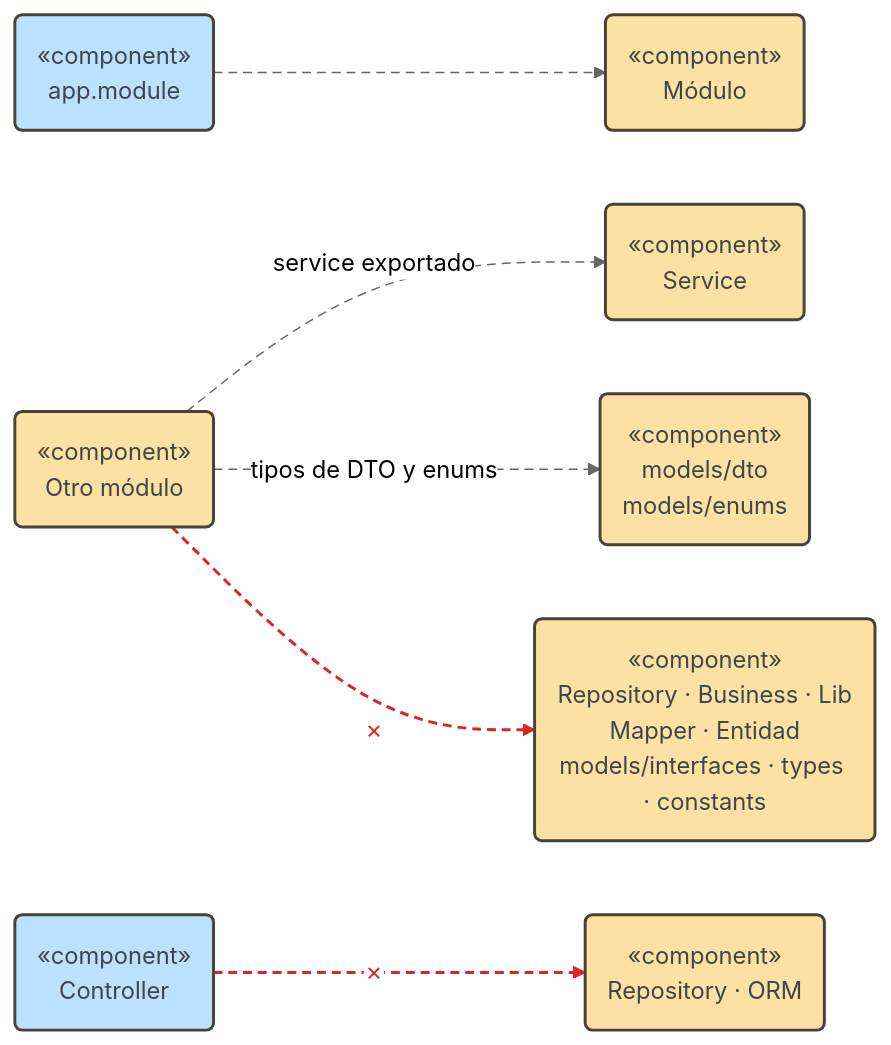
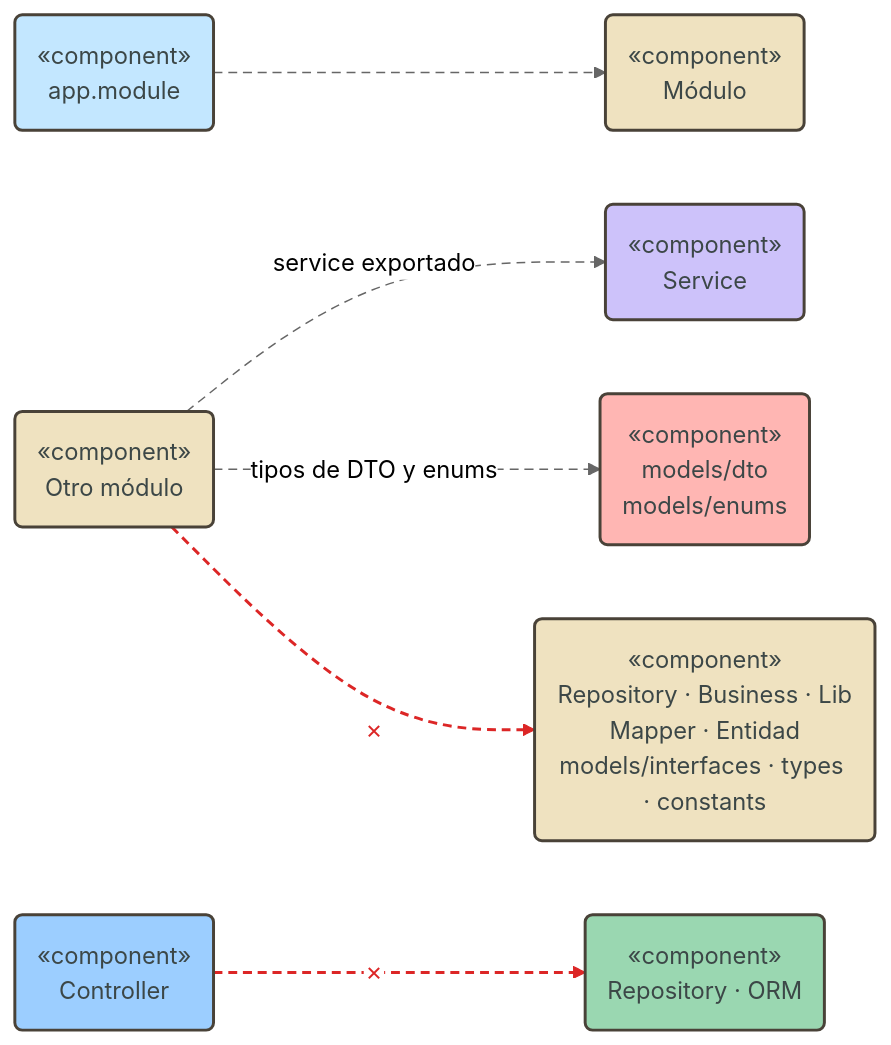
The fourth of 15 diagrams in docs/architecture/modular-microservice.md (pcarroza91/nest-template), drawn with Mermaid (neutral theme) before and after one commit. The commit also changed other lines of this file and 2 other files, not shown here.

First line of the commit message:
docs(architecture): colores por capa y componente en los diagramas Mermaid

````diff
--- a/docs/architecture/modular-microservice.md
+++ b/docs/architecture/modular-microservice.md
@@ -382,15 +400,23 @@
 ```mermaid
 flowchart LR
     APPM("«component»<br/>app.module") --> M("«component»<br/>Módulo")
     X("«component»<br/>Otro módulo") -- "service exportado" --> S("«component»<br/>Service")
     X -- "tipos de DTO y enums" --> D("«component»<br/>models/dto<br/>models/enums")
     X -. "✗" .-> R("«component»<br/>Repository · Business · Lib<br/>Mapper · Entidad<br/>models/interfaces · types · constants")
     C("«component»<br/>Controller") -. "✗" .-> R2("«component»<br/>Repository · ORM")
 
-    classDef entry fill:#bce1ff,stroke:#494238,stroke-width:2px,color:#3c4747
-    classDef domain fill:#fde0a3,stroke:#494238,stroke-width:2px,color:#3c4747
-    class APPM,C entry
-    class M,X,S,D,R,R2 domain
+    classDef bootstrap fill:#c3e7ff,stroke:#494238,stroke-width:2px,color:#3c4747
+    classDef modules fill:#efe2c0,stroke:#494238,stroke-width:2px,color:#3c4747
+    classDef controller fill:#9cceff,stroke:#494238,stroke-width:2px,color:#3c4747
+    classDef service fill:#cdc2fa,stroke:#494238,stroke-width:2px,color:#3c4747
+    classDef repository fill:#9ad7b1,stroke:#494238,stroke-width:2px,color:#3c4747
+    classDef models fill:#ffb6b3,stroke:#494238,stroke-width:2px,color:#3c4747
+    class APPM bootstrap
+    class M,X,R modules
+    class C controller
+    class S service
+    class R2 repository
+    class D models
     linkStyle default stroke-dasharray:6 4
     linkStyle 3,4 stroke:#dc2626,stroke-width:2px,color:#dc2626
 ```
````
